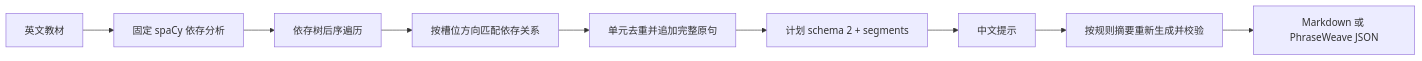
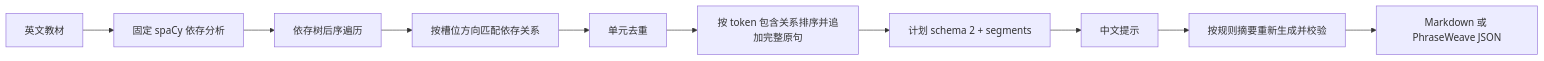
The diagram in docs/lexical-chunks-tooling.md (ReinerLau/phraseweave), drawn with Mermaid before and after one commit. The commit also changed other lines of this file and 6 other files, not shown here.

````diff
--- a/docs/lexical-chunks-tooling.md
+++ b/docs/lexical-chunks-tooling.md
@@ -7,11 +7,12 @@
 ```mermaid
 flowchart LR
     A[英文教材] --> B[固定 spaCy 依存分析]
     B --> C[依存树后序遍历]
     C --> D[按槽位方向匹配依存关系]
-    D --> E[单元去重并追加完整原句]
-    E --> F[计划 schema 2 + segments]
-    F --> G[中文提示]
-    G --> H[按规则摘要重新生成并校验]
-    H --> I[Markdown 或 PhraseWeave JSON]
+    D --> E[单元去重]
+    E --> F[按 token 包含关系排序并追加完整原句]
+    F --> G[计划 schema 2 + segments]
+    G --> H[中文提示]
+    H --> I[按规则摘要重新生成并校验]
+    I --> J[Markdown 或 PhraseWeave JSON]
 ```
````
